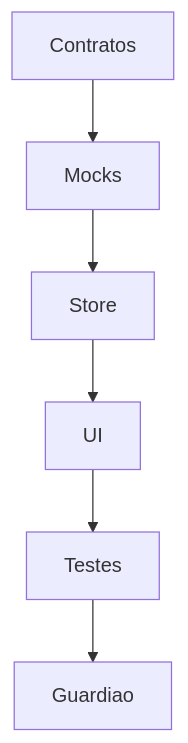
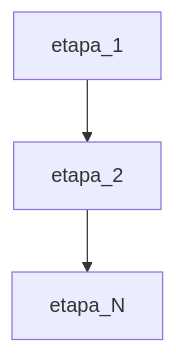
One commit to Bruno-Stack-Dev/sdd-kit changed the diagram in specs/_templates/template-plano.md. Above: the diagram before and after it, drawn with Mermaid. The commit also changed other lines of this file and 10 other files, not shown here.

````diff
--- a/specs/_templates/template-plano.md
+++ b/specs/_templates/template-plano.md
@@ -44,4 +36,4 @@
 ```mermaid
 graph TD
-    Contratos --> Mocks --> Store --> UI --> Testes --> Guardiao
+    etapa_1 --> etapa_2 --> etapa_N
 ```
````
